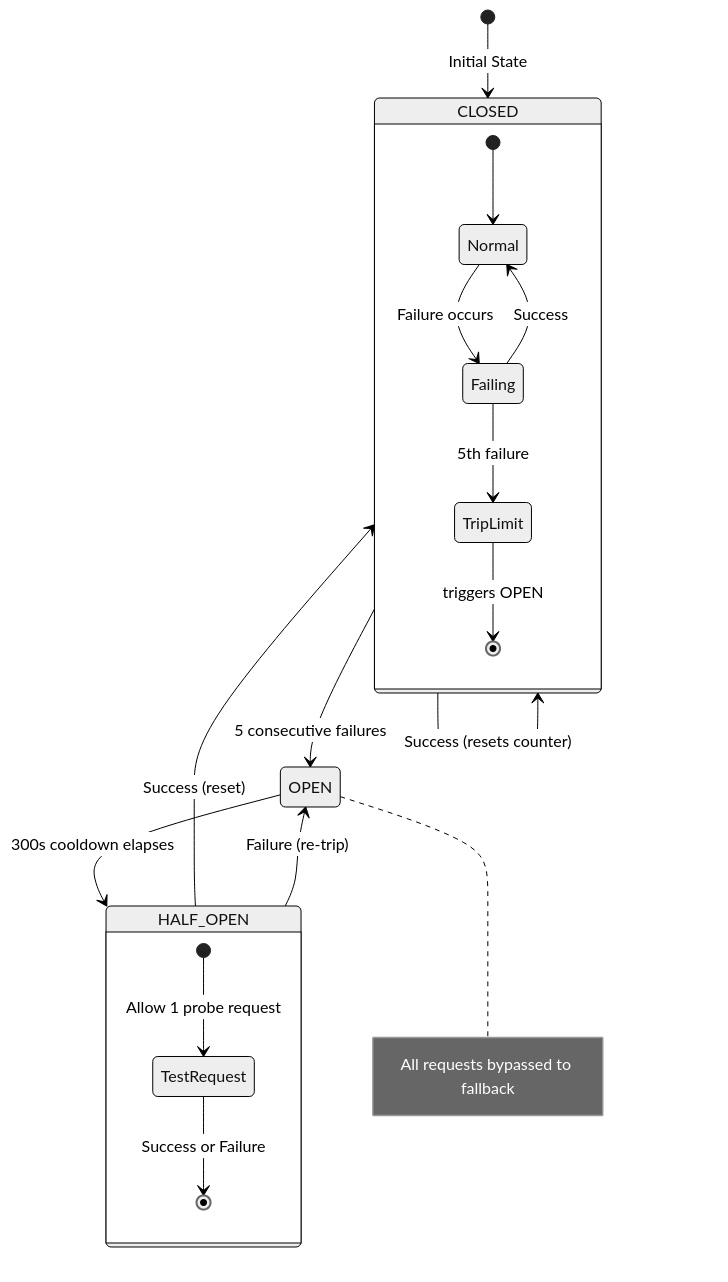
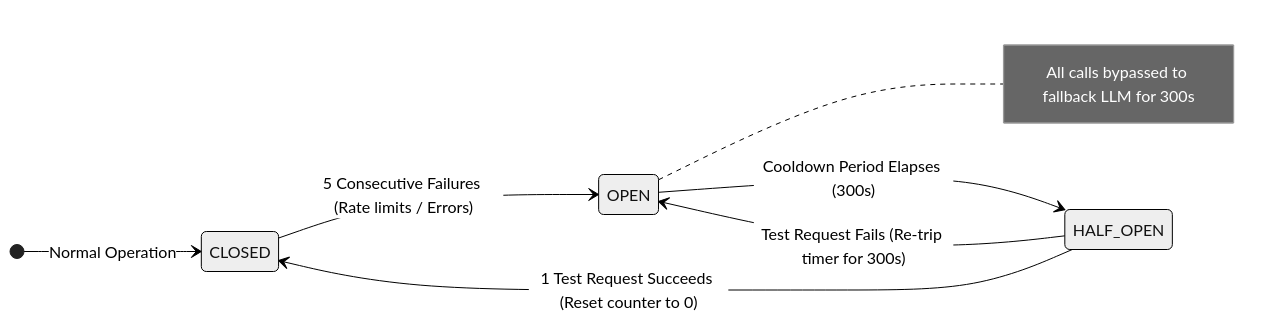
The tenth of 30 diagrams in documentation/ARCHITECTURE.md (Anil-Pradhan-web/ai-career-mentor), drawn with Mermaid (neutral theme) before and after one commit. The commit also changed other lines of this file, not shown here.

Commit message:
docs: simplify Circuit Breaker section in ARCHITECTURE.md into clean 3-state diagram and fallback flowchart

````diff
--- a/documentation/ARCHITECTURE.md
+++ b/documentation/ARCHITECTURE.md
@@ -484,25 +434,13 @@
 ```mermaid
 stateDiagram-v2
-    [*] --> CLOSED: Initial State
-    CLOSED --> OPEN: 5 consecutive failures
-    CLOSED --> CLOSED: Success (resets counter)
-    
-    OPEN --> HALF_OPEN: 300s cooldown elapses
-    note right of OPEN: All requests bypassed to fallback
-    
-    HALF_OPEN --> CLOSED: Success (reset)
-    HALF_OPEN --> OPEN: Failure (re-trip)
-    
-    state CLOSED {
-        [*] --> Normal
-        Normal --> Failing: Failure occurs
-        Failing --> Normal: Success
-        Failing --> TripLimit: 5th failure
-        TripLimit --> [*]: triggers OPEN
-    }
-    
-    state HALF_OPEN {
-        [*] --> TestRequest: Allow 1 probe request
-        TestRequest --> [*]: Success or Failure
-    }
+    direction LR
+    [*] --> CLOSED : Normal Operation
+
+    CLOSED --> OPEN : 5 Consecutive Failures (Rate limits / Errors)
+    note right of OPEN : All calls bypassed to fallback LLM for 300s
+
+    OPEN --> HALF_OPEN : Cooldown Period Elapses (300s)
+
+    HALF_OPEN --> CLOSED : 1 Test Request Succeeds (Reset counter to 0)
+    HALF_OPEN --> OPEN : Test Request Fails (Re-trip timer for 300s)
 ```
````
